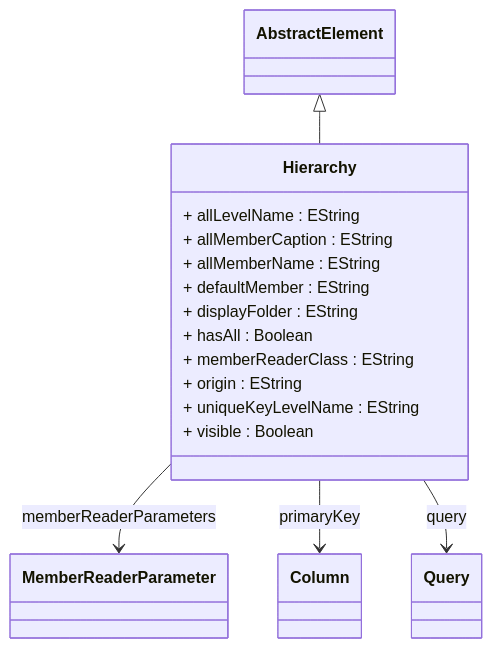
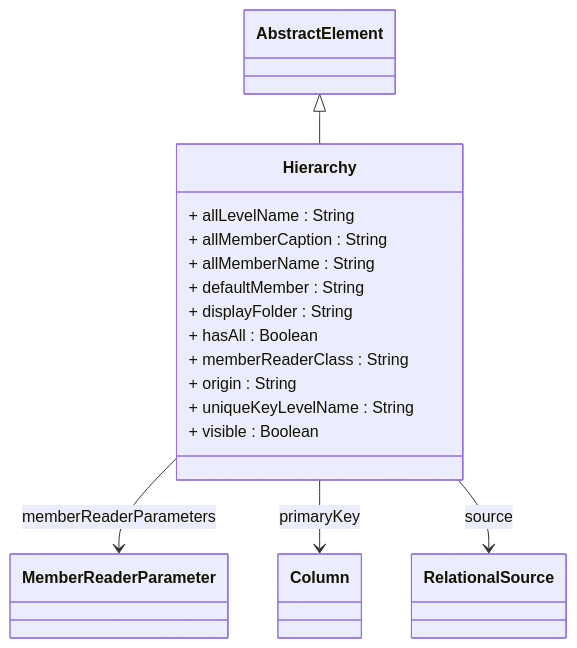
Before and after one commit to eclipse-daanse/eclipse-daanse.github.io: the diagram in docs/cubeserver/model/class-Hierarchy.md, drawn with Mermaid. The commit also changed other lines of this file and 138 other files, not shown here.

````diff
--- a/docs/cubeserver/model/class-Hierarchy.md
+++ b/docs/cubeserver/model/class-Hierarchy.md
@@ -196,21 +199,21 @@
 ```mermaid
 classDiagram
   class Hierarchy {
-    + allLevelName : EString
-    + allMemberCaption : EString
-    + allMemberName : EString
-    + defaultMember : EString
-    + displayFolder : EString
+    + allLevelName : String
+    + allMemberCaption : String
+    + allMemberName : String
+    + defaultMember : String
+    + displayFolder : String
     + hasAll : Boolean
-    + memberReaderClass : EString
-    + origin : EString
-    + uniqueKeyLevelName : EString
+    + memberReaderClass : String
+    + origin : String
+    + uniqueKeyLevelName : String
     + visible : Boolean
   }
 
   AbstractElement <|-- Hierarchy
   Hierarchy --> MemberReaderParameter : memberReaderParameters
   Hierarchy --> Column : primaryKey
-  Hierarchy --> Query : query
+  Hierarchy --> RelationalSource : source
 
 ```
````
